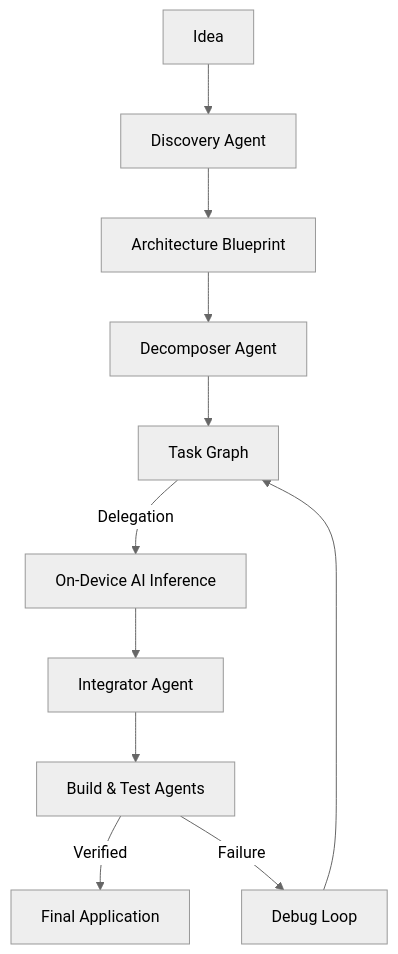
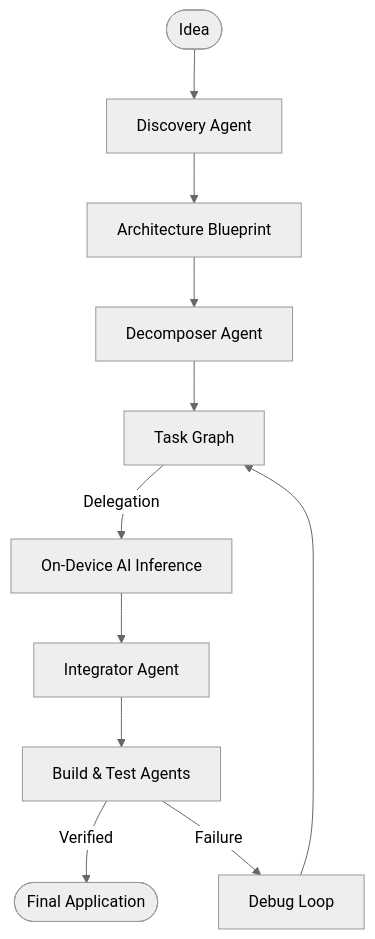
The diagram in README.md (shubham230523/kindle), drawn with Mermaid (neutral theme) before and after one commit.

Commit message:
readme updated

````diff
--- a/README.md
+++ b/README.md
@@ -67,13 +67,15 @@
 ```mermaid
-graph TD
-    A[Idea] --> B[Discovery Agent]
-    B --> C[Architecture Blueprint]
-    C --> D[Decomposer Agent]
-    D --> E[Task Graph]
-    E -- Delegation --> F[On-Device AI Inference]
-    F --> G[Integrator Agent]
-    G --> H[Build & Test Agents]
-    H -- Verified --> I[Final Application]
-    H -- Failure --> J[Debug Loop]
-    J --> E
+flowchart TD
+    Idea([Idea]) --> DiscoveryAgent[Discovery Agent]
+    DiscoveryAgent --> Blueprint[Architecture Blueprint]
+    Blueprint --> DecomposerAgent[Decomposer Agent]
+    DecomposerAgent --> TaskGraph[Task Graph]
+
+    TaskGraph -->|Delegation| OnDeviceAI[On-Device AI Inference]
+    OnDeviceAI --> IntegratorAgent[Integrator Agent]
+    IntegratorAgent --> BuildTestAgents[Build & Test Agents]
+
+    BuildTestAgents -->|Verified| FinalApp([Final Application])
+    BuildTestAgents -->|Failure| DebugLoop[Debug Loop]
+    DebugLoop --> TaskGraph
 ```
````
